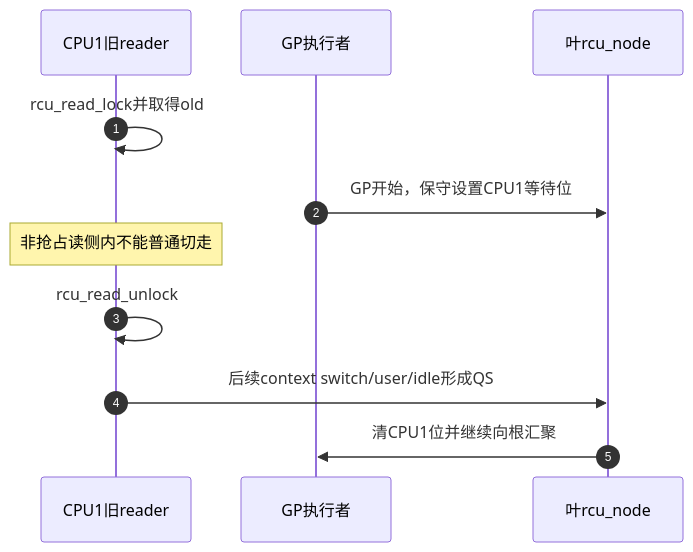
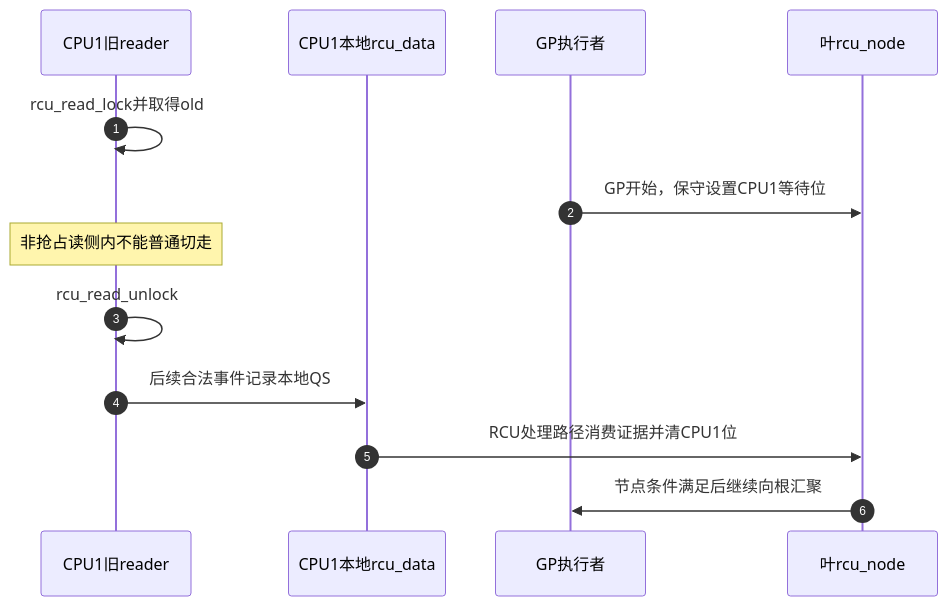
One commit to FormingSystem/linux_note changed the first of 4 diagrams in knowledge/linux/synchronization_and_asynchrony/synchronization/rcu/P06_Tree_RCU_读侧执行模型与配置差异.md. Above: the diagram before and after it, drawn with Mermaid. The commit also changed other lines of this file and 3 other files, not shown here.

````diff
--- a/knowledge/linux/synchronization_and_asynchrony/synchronization/rcu/P06_Tree_RCU_读侧执行模型与配置差异.md
+++ b/knowledge/linux/synchronization_and_asynchrony/synchronization/rcu/P06_Tree_RCU_读侧执行模型与配置差异.md
@@ -103,14 +98,16 @@
 ```mermaid
 sequenceDiagram
     autonumber
     participant R as CPU1旧reader
+    participant D as CPU1本地rcu_data
     participant G as GP执行者
     participant N as 叶rcu_node
 
     R->>R: rcu_read_lock并取得old
     G->>N: GP开始，保守设置CPU1等待位
     Note over R: 非抢占读侧内不能普通切走
     R->>R: rcu_read_unlock
-    R->>N: 后续context switch/user/idle形成QS
-    N->>G: 清CPU1位并继续向根汇聚
+    R->>D: 后续合法事件记录本地QS
+    D->>N: RCU处理路径消费证据并清CPU1位
+    N->>G: 节点条件满足后继续向根汇聚
 ```
````
